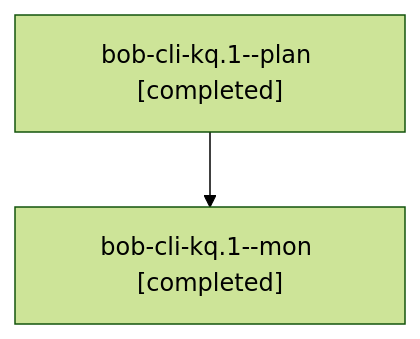
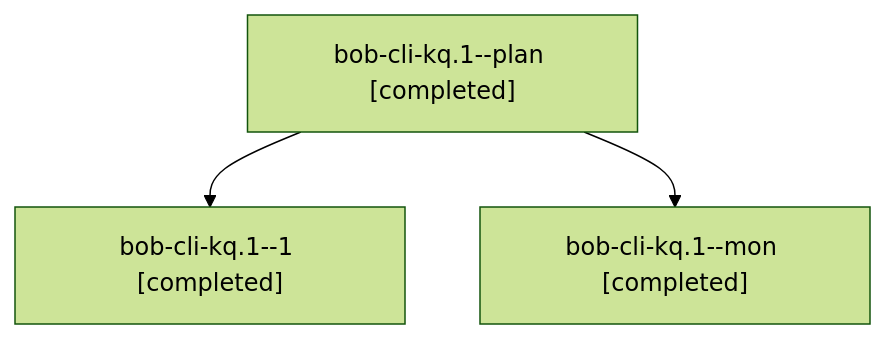
Before and after one commit to bobs-org/bob-cli--agents: the diagram in sessions/bbugyi200.athena.bob-cli-kq.1.md, drawn with Mermaid (forest theme). The commit also changed other lines of this file and 172 other files, not shown here.

````diff
--- a/sessions/bbugyi200.athena.bob-cli-kq.1.md
+++ b/sessions/bbugyi200.athena.bob-cli-kq.1.md
@@ -9,6 +9,8 @@
 ```mermaid
 flowchart TD
   n0["bob-cli-kq.1--plan [completed]"]
-  n1["bob-cli-kq.1--mon [completed]"]
+  n1["bob-cli-kq.1--1 [completed]"]
   n0 --> n1
+  n2["bob-cli-kq.1--mon [completed]"]
+  n0 --> n2
 ```
````
